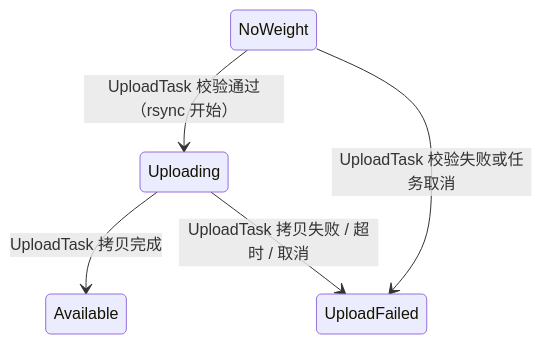
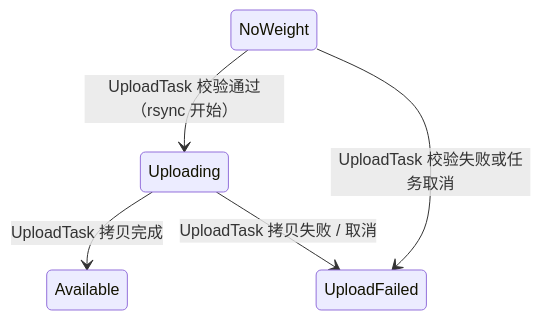
One commit to HaoruiSong622/model-lite-repository changed the ninth of 14 diagrams in docs/features/feature-4-weight-import-design-enhanced.md. Above: the diagram before and after it, drawn with Mermaid. The commit also changed other lines of this file, not shown here.

````diff
--- a/docs/features/feature-4-weight-import-design-enhanced.md
+++ b/docs/features/feature-4-weight-import-design-enhanced.md
@@ -2516,7 +2478,7 @@
 ```mermaid
 stateDiagram-v2
     NoWeight --> Uploading: UploadTask 校验通过（rsync 开始）
     NoWeight --> UploadFailed: UploadTask 校验失败或任务取消
     Uploading --> Available: UploadTask 拷贝完成
-    Uploading --> UploadFailed: UploadTask 拷贝失败 / 超时 / 取消
+    Uploading --> UploadFailed: UploadTask 拷贝失败 / 取消
 ```
````
